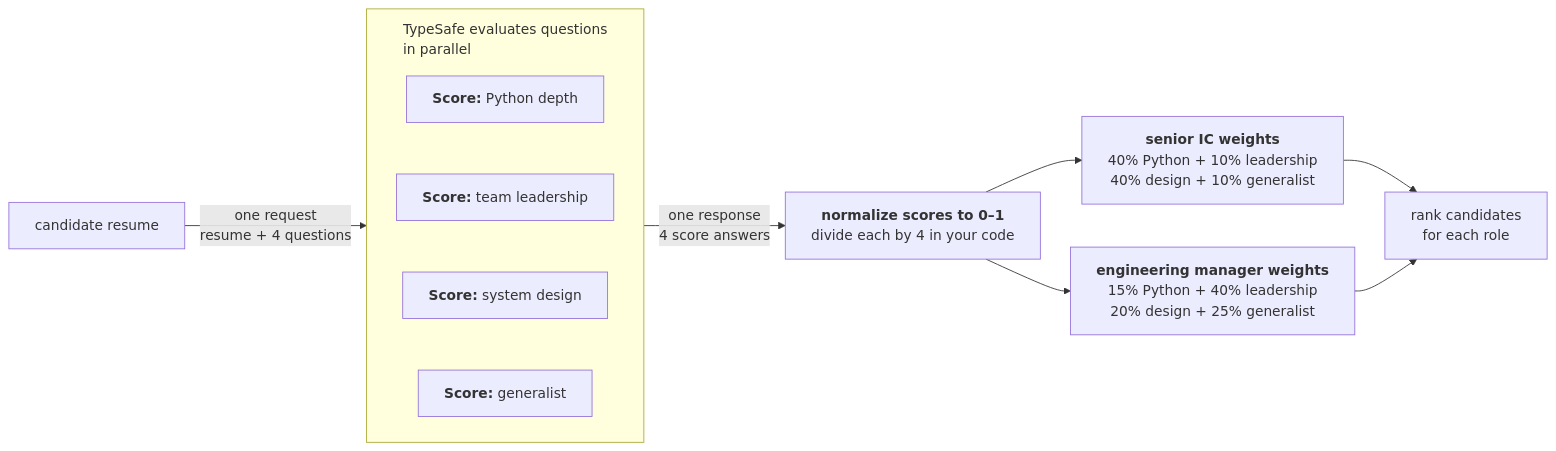
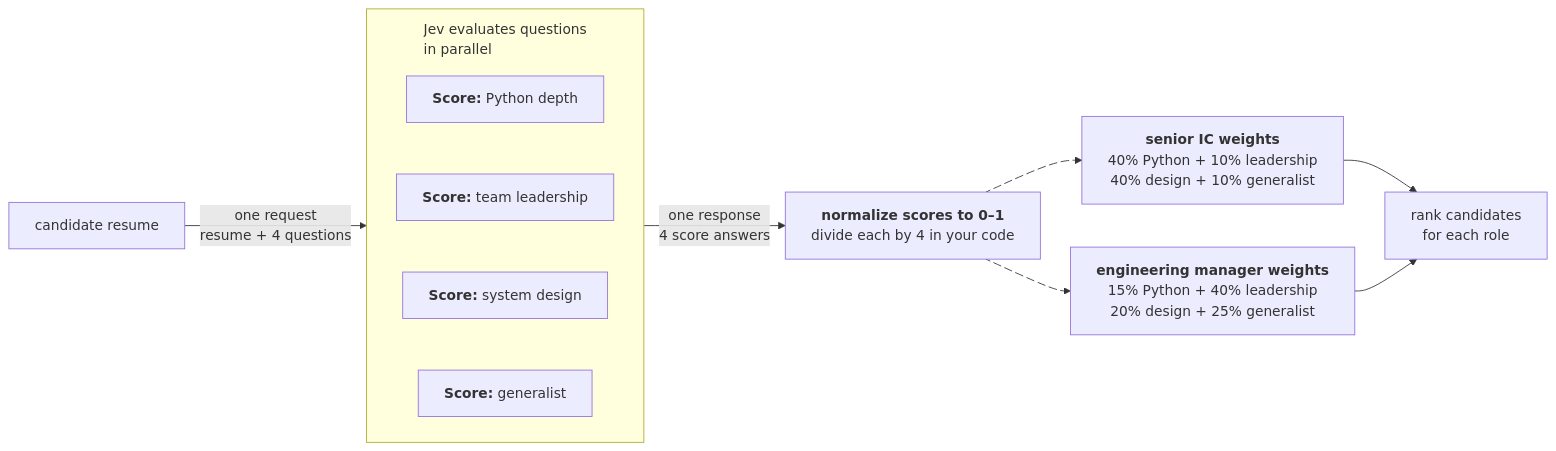
One commit to IamKrill1n/typesafe-docs changed the diagram in docs/patterns/composite-scoring.md. Above: the diagram before and after it, drawn with Mermaid. The commit also changed other lines of this file and 84 other files, not shown here.

Commit message:
docs: sync TypeSafe documentation (2026-11-04)

````diff
--- a/docs/patterns/composite-scoring.md
+++ b/docs/patterns/composite-scoring.md
@@ -11,22 +11,25 @@
 ```mermaid actions={true}
 %%{init: {"fontFamily": "Inter, sans-serif", "flowchart": {"rankSpacing": 35, "wrappingWidth": 300, "subGraphTitleMargin": {"top": 12, "bottom": 36}}}}%%
 flowchart LR
     resume["candidate resume"]
 
-    subgraph req["TypeSafe evaluates questions<br/>in parallel"]
+    subgraph req["Jev evaluates questions<br/>in parallel"]
         direction TB
         py["<b>Score:</b> Python depth"]
         lead["<b>Score:</b> team leadership"]
         arch["<b>Score:</b> system design"]
         general["<b>Score:</b> generalist"]
         %% Invisible links stack the questions; they are answered in parallel.
         py ~~~ lead ~~~ arch ~~~ general
     end
 
     resume -- "one request<br/>resume + 4 questions" --> req
     req -- "one response<br/>4 score answers" --> normalize["<b>normalize scores to 0–1</b><br/>divide each by 4 in your code"]
-    normalize --> ic["<b>senior IC weights</b><br/>40% Python + 10% leadership<br/>40% design + 10% generalist"]
-    normalize --> em["<b>engineering manager weights</b><br/>15% Python + 40% leadership<br/>20% design + 25% generalist"]
+    normalize ic_weights@--> ic["<b>senior IC weights</b><br/>40% Python + 10% leadership<br/>40% design + 10% generalist"]
+    normalize em_weights@--> em["<b>engineering manager weights</b><br/>15% Python + 40% leadership<br/>20% design + 25% generalist"]
     ic --> rank["rank candidates<br/>for each role"]
     em --> rank
+    %% The two weighting paths flow (styles.css pauses this under prefers-reduced-motion).
+    ic_weights@{ animate: true }
+    em_weights@{ animate: true }
 ```
````
